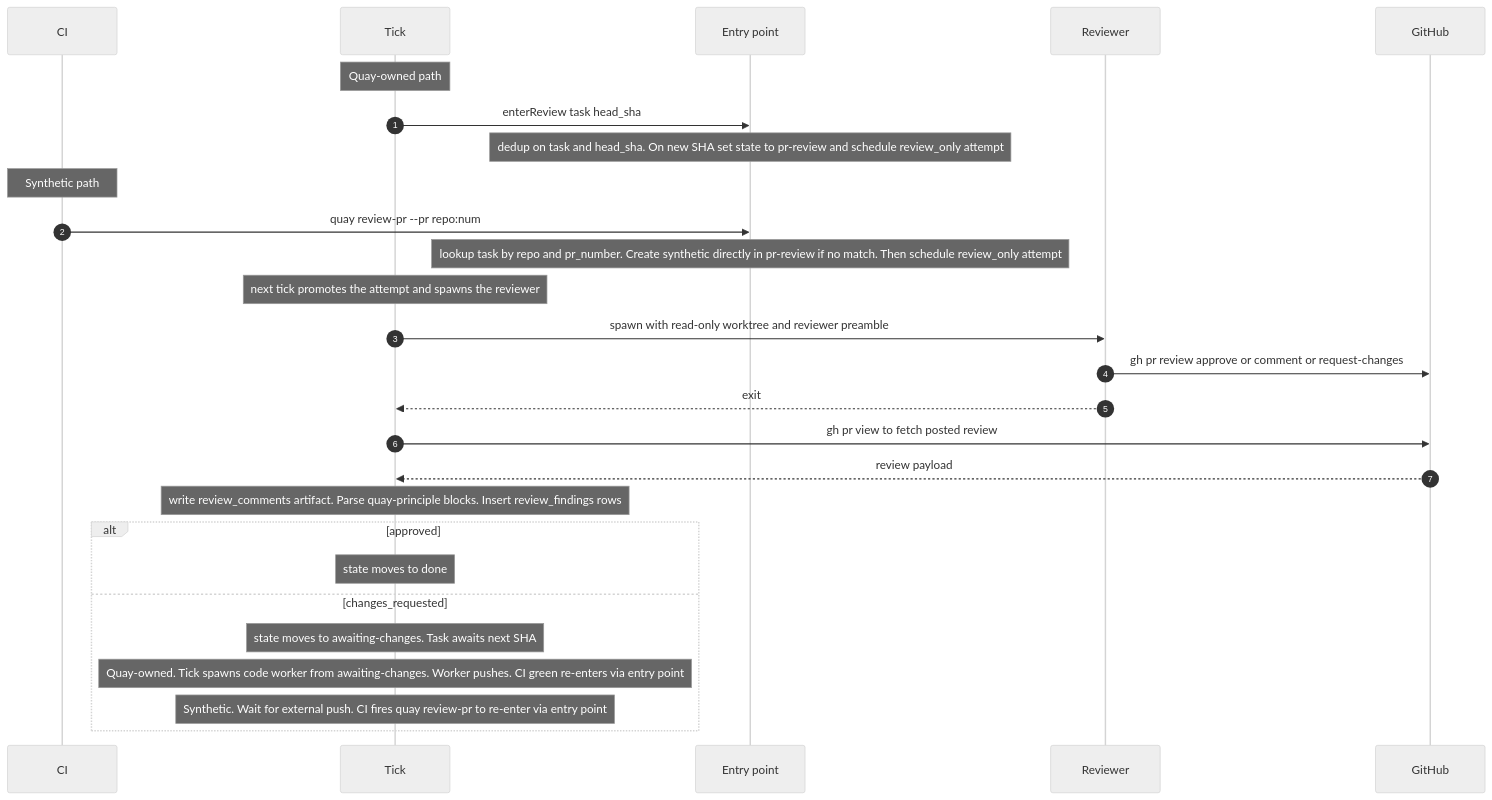
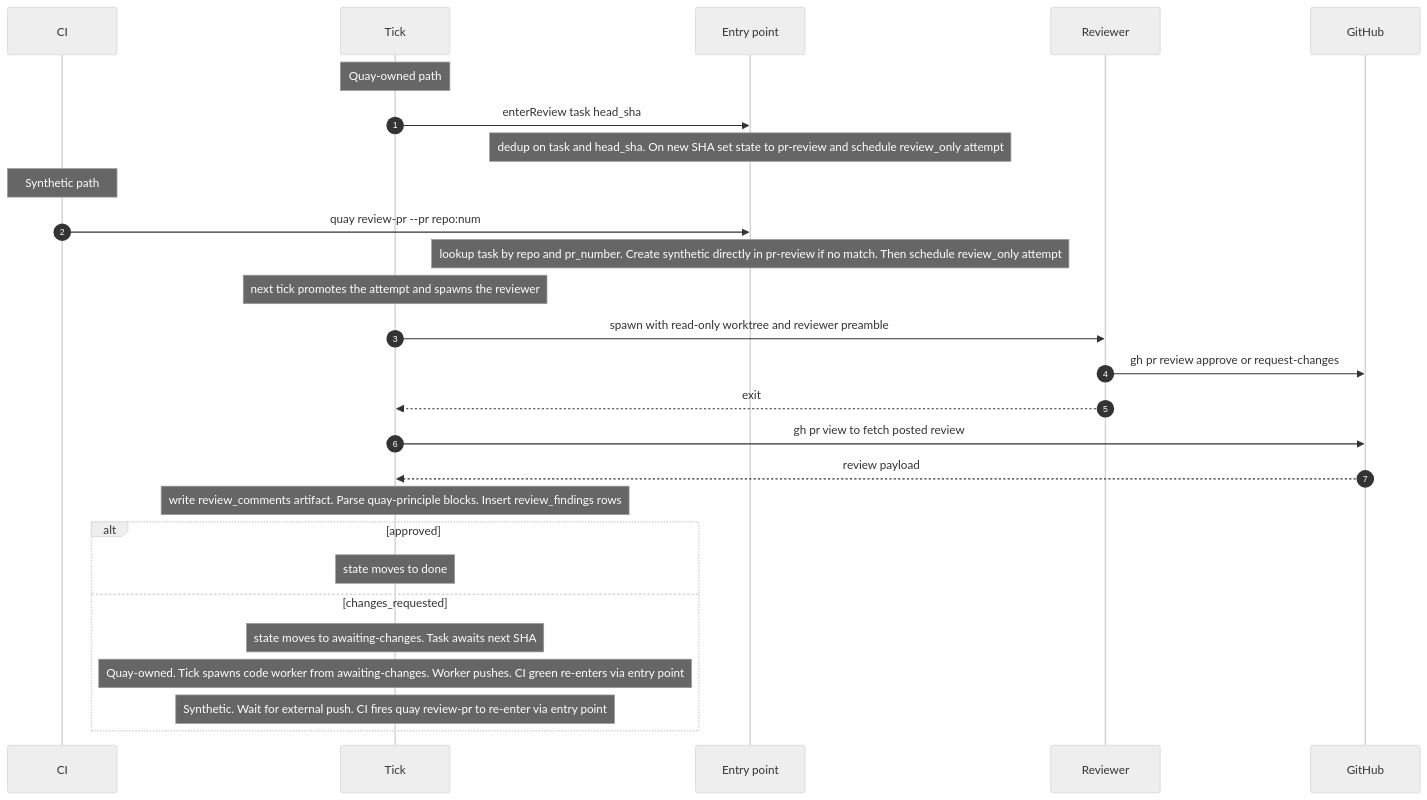
Before and after one commit to InverterNetwork/quay: the first of 2 diagrams in docs/quay-spec-pr-review.md, drawn with Mermaid (neutral theme). The commit also changed other lines of this file, not shown here.

First line of the commit message:
Address spec review: schedulers, race, worktree, index, config, gating

````diff
--- a/docs/quay-spec-pr-review.md
+++ b/docs/quay-spec-pr-review.md
@@ -55,33 +55,33 @@
 ```mermaid
 sequenceDiagram
     autonumber
     participant CI
     participant Tick
     participant Entry as Entry point
     participant Worker as Reviewer
     participant GH as GitHub
 
     Note over Tick: Quay-owned path
     Tick->>Entry: enterReview task head_sha
     Note over Entry: dedup on task and head_sha. On new SHA set state to pr-review and schedule review_only attempt
 
     Note over CI: Synthetic path
     CI->>Entry: quay review-pr --pr repo:num
     Note over Entry: lookup task by repo and pr_number. Create synthetic directly in pr-review if no match. Then schedule review_only attempt
 
     Note over Tick: next tick promotes the attempt and spawns the reviewer
     Tick->>Worker: spawn with read-only worktree and reviewer preamble
-    Worker->>GH: gh pr review approve or comment or request-changes
+    Worker->>GH: gh pr review approve or request-changes
     Worker-->>Tick: exit
     Tick->>GH: gh pr view to fetch posted review
     GH-->>Tick: review payload
     Note over Tick: write review_comments artifact. Parse quay-principle blocks. Insert review_findings rows
 
     alt approved
         Note over Tick: state moves to done
     else changes_requested
         Note over Tick: state moves to awaiting-changes. Task awaits next SHA
         Note over Tick: Quay-owned. Tick spawns code worker from awaiting-changes. Worker pushes. CI green re-enters via entry point
         Note over Tick: Synthetic. Wait for external push. CI fires quay review-pr to re-enter via entry point
     end
 ```
````
